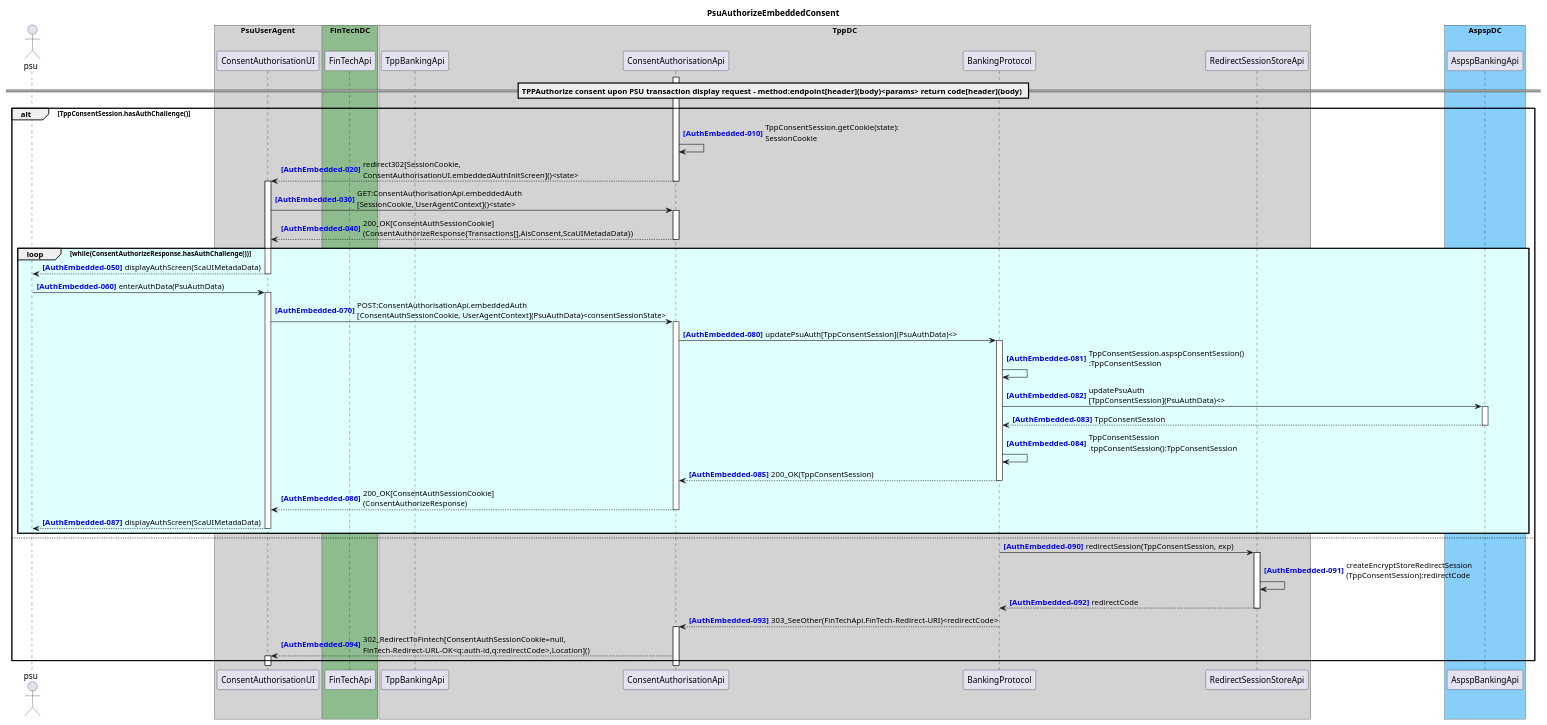
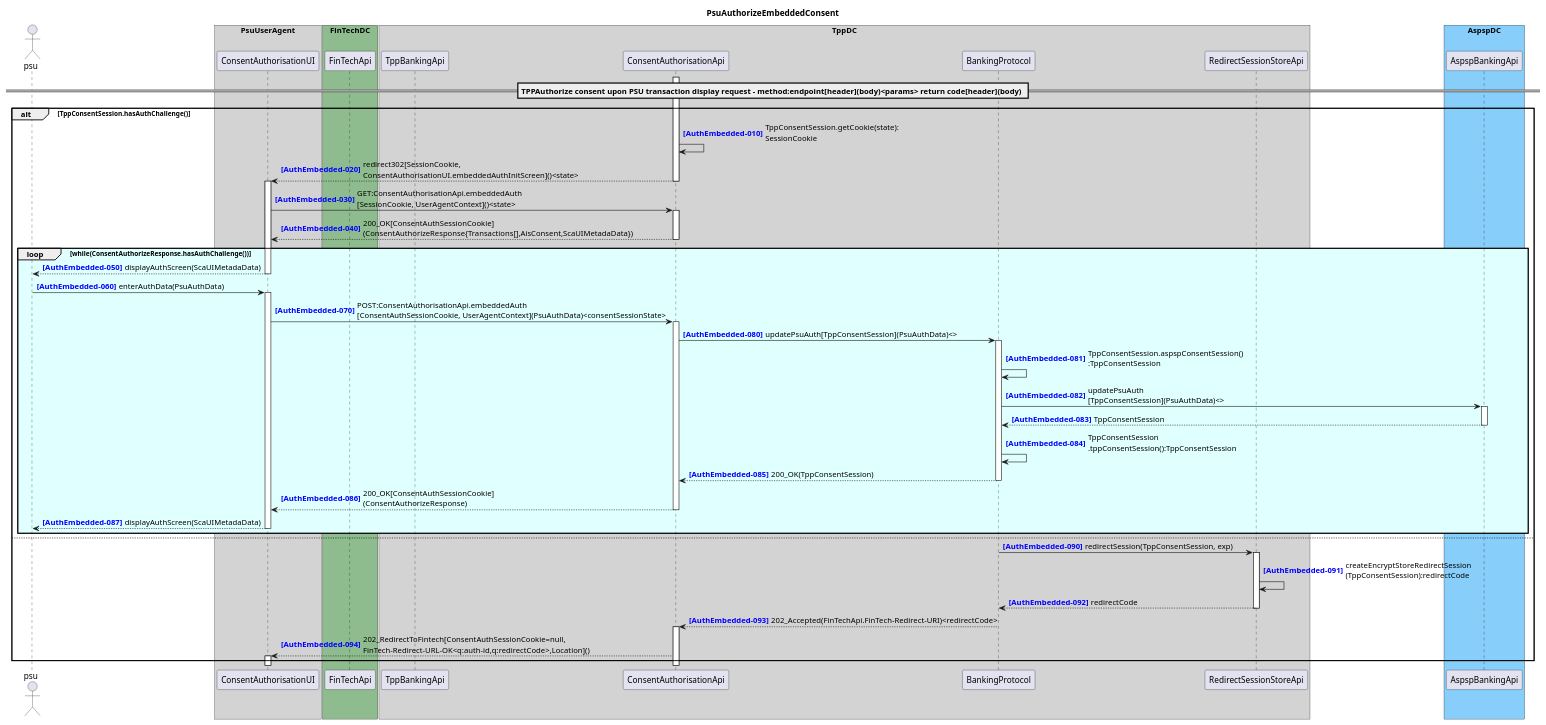
Before and after one commit to adorsys/open-banking-gateway: the diagram in docs/architecture/diagrams/useCases/5a-psuAuthEmbeddedConsent.puml, drawn with PlantUML. The commit also changed 4 other files, not shown here.

```diff
--- a/docs/architecture/diagrams/useCases/5a-psuAuthEmbeddedConsent.puml
+++ b/docs/architecture/diagrams/useCases/5a-psuAuthEmbeddedConsent.puml
@@ -1,59 +1,59 @@
 @startuml
 title PsuAuthorizeEmbeddedConsent
 autonumber 10 10 "<b><color blue>[AuthEmbedded-000]</color></b>"
 actor psu
 
 box "PsuUserAgent" #LightGray
     'participant "FinTechUI" as FinTechUI
     participant "ConsentAuthorisationUI" as ConsentAuthorisationUI
     'participant "OnlineBankingUI" as OnlineBankingUI
 end box
 box "FinTechDC" #DarkSeaGreen
     participant "FinTechApi" as FinTechApi
 end box
 box "TppDC" #LightGray
     participant "TppBankingApi" as TppBankingApi
     'participant "TppBankSearchApi" as TppBankSearchApi
     participant "ConsentAuthorisationApi" as ConsentAuthorisationApi
 
     participant "BankingProtocol" as BankingProtocol
     participant "RedirectSessionStoreApi" as RedirectSessionStoreApi
 end box
 box "AspspDC" #LightSkyBlue
 	participant "AspspBankingApi" as AspspBankingApi
     'participant "OnlineBankingApi" as OnlineBankingApi
 end box
 == TPPAuthorize consent upon PSU transaction display request - method:endpoint[header](body)<params> return code[header](body) ==
 activate ConsentAuthorisationApi
 alt TppConsentSession.hasAuthChallenge()
 ConsentAuthorisationApi -> ConsentAuthorisationApi : TppConsentSession.getCookie(state):\nSessionCookie
 ConsentAuthorisationApi --> ConsentAuthorisationUI : redirect302[SessionCookie,\nConsentAuthorisationUI.embeddedAuthInitScreen]()<state>
 deactivate ConsentAuthorisationApi
 activate ConsentAuthorisationUI
 ConsentAuthorisationUI -> ConsentAuthorisationApi ++ : GET:ConsentAuthorisationApi.embeddedAuth\n[SessionCookie, UserAgentContext]()<state>
 return 200_OK[ConsentAuthSessionCookie]\n(ConsentAuthorizeResponse{Transactions[],AisConsent,ScaUIMetadaData})
 loop #LightCyan while(ConsentAuthorizeResponse.hasAuthChallenge())
     ConsentAuthorisationUI --> psu : displayAuthScreen(ScaUIMetadaData)
     deactivate ConsentAuthorisationUI
     psu -> ConsentAuthorisationUI ++ : enterAuthData(PsuAuthData)
     ConsentAuthorisationUI -> ConsentAuthorisationApi ++ : POST:ConsentAuthorisationApi.embeddedAuth\n[ConsentAuthSessionCookie, UserAgentContext](PsuAuthData)<consentSessionState>
     autonumber 80 1 "<b><color blue>[AuthEmbedded-000]</color></b>"
     ConsentAuthorisationApi -> BankingProtocol ++ : updatePsuAuth[TppConsentSession](PsuAuthData)<>
     BankingProtocol -> BankingProtocol : TppConsentSession.aspspConsentSession()\n:TppConsentSession
     BankingProtocol -> AspspBankingApi ++ : updatePsuAuth\n[TppConsentSession](PsuAuthData)<>
     return TppConsentSession
     BankingProtocol -> BankingProtocol : TppConsentSession\n.tppConsentSession():TppConsentSession
     return 200_OK(TppConsentSession)
     return 200_OK[ConsentAuthSessionCookie]\n(ConsentAuthorizeResponse)
     return displayAuthScreen(ScaUIMetadaData)
 end
 else
 autonumber 90 1 "<b><color blue>[AuthEmbedded-000]</color></b>"
 activate BankingProtocol
 BankingProtocol -> RedirectSessionStoreApi ++ : redirectSession(TppConsentSession, exp)
 RedirectSessionStoreApi -> RedirectSessionStoreApi : createEncryptStoreRedirectSession\n(TppConsentSession):redirectCode
 return redirectCode
-BankingProtocol --> ConsentAuthorisationApi ++ : 303_SeeOther(FinTechApi.FinTech-Redirect-URI)<redirectCode>
-ConsentAuthorisationApi --> ConsentAuthorisationUI ++ : 302_RedirectToFintech[ConsentAuthSessionCookie=null,\nFinTech-Redirect-URL-OK<q:auth-id,q:redirectCode>,Location]()
+BankingProtocol --> ConsentAuthorisationApi ++ : 202_Accepted(FinTechApi.FinTech-Redirect-URI)<redirectCode>
+ConsentAuthorisationApi --> ConsentAuthorisationUI ++ : 202_RedirectToFintech[ConsentAuthSessionCookie=null,\nFinTech-Redirect-URL-OK<q:auth-id,q:redirectCode>,Location]()
 end
 @enduml
```
